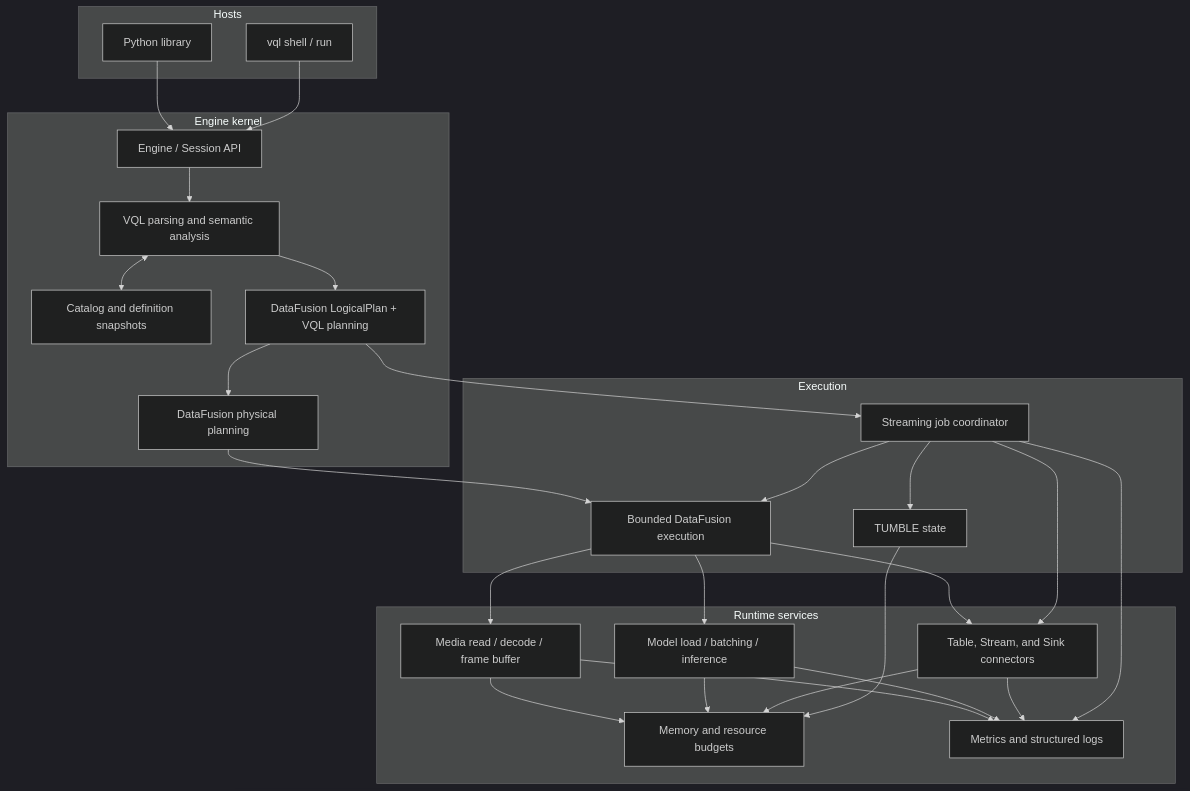
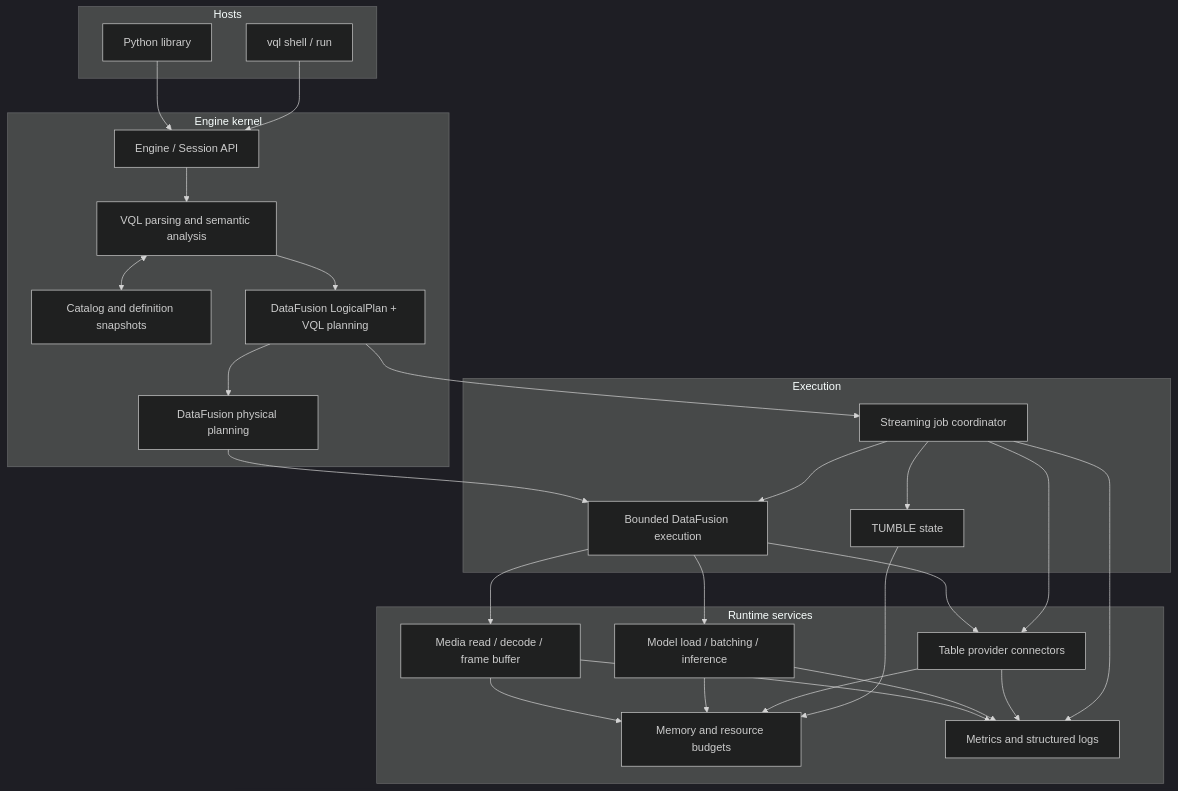
Before and after one commit to zhenlohuang/visionql: the first of 2 diagrams in docs/design.md, drawn with Mermaid (dark theme). The commit also changed other lines of this file and 62 other files, not shown here.

````diff
--- a/docs/design.md
+++ b/docs/design.md
@@ -76,43 +76,43 @@
 ```mermaid
 flowchart TB
     subgraph HOSTS["Hosts"]
         PY["Python library"]
         CLI["vql shell / run"]
     end
 
     subgraph CORE["Engine kernel"]
         ENTRY["Engine / Session API"]
         SQL["VQL parsing and semantic analysis"]
         CAT["Catalog and definition snapshots"]
         PLAN["DataFusion LogicalPlan + VQL planning"]
         PHYS["DataFusion physical planning"]
     end
 
     subgraph EXECUTION["Execution"]
         DF["Bounded DataFusion execution"]
         COORD["Streaming job coordinator"]
         STATE["TUMBLE state"]
     end
 
     subgraph RUNTIME["Runtime services"]
         MEDIA["Media read / decode / frame buffer"]
         MODELS["Model load / batching / inference"]
-        CONNECTORS["Table, Stream, and Sink connectors"]
+        CONNECTORS["Table provider connectors"]
         BUDGET["Memory and resource budgets"]
         METRICS["Metrics and structured logs"]
     end
 
     PY --> ENTRY
     CLI --> ENTRY
     ENTRY --> SQL
     SQL <--> CAT
     SQL --> PLAN
     PLAN --> PHYS --> DF
     PLAN --> COORD
     COORD --> DF
     COORD --> STATE
     DF --> MEDIA & MODELS & CONNECTORS
     COORD --> CONNECTORS
     MEDIA & MODELS & CONNECTORS & STATE --> BUDGET
     MEDIA & MODELS & CONNECTORS & COORD --> METRICS
 ```
````
